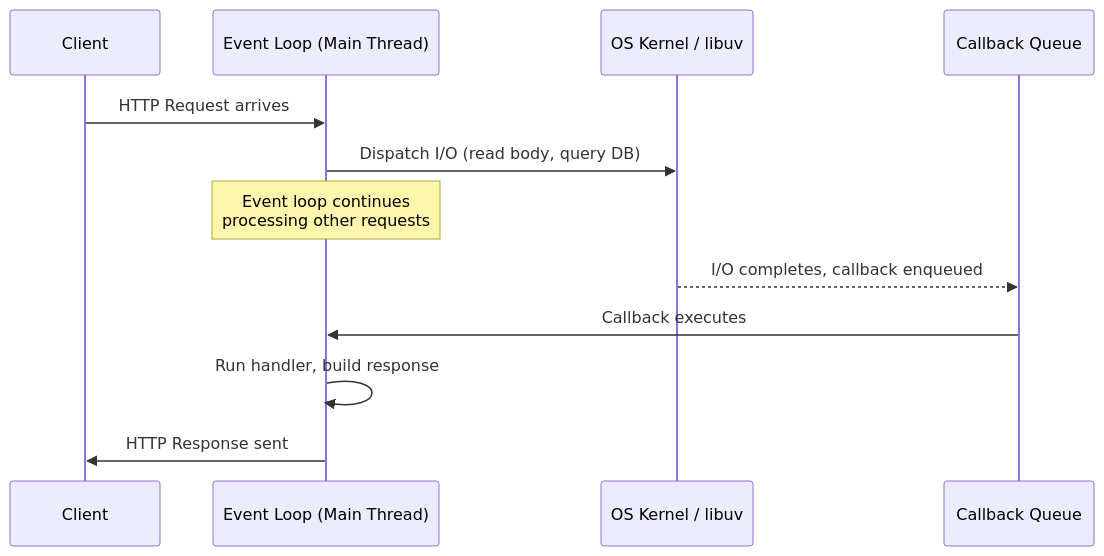
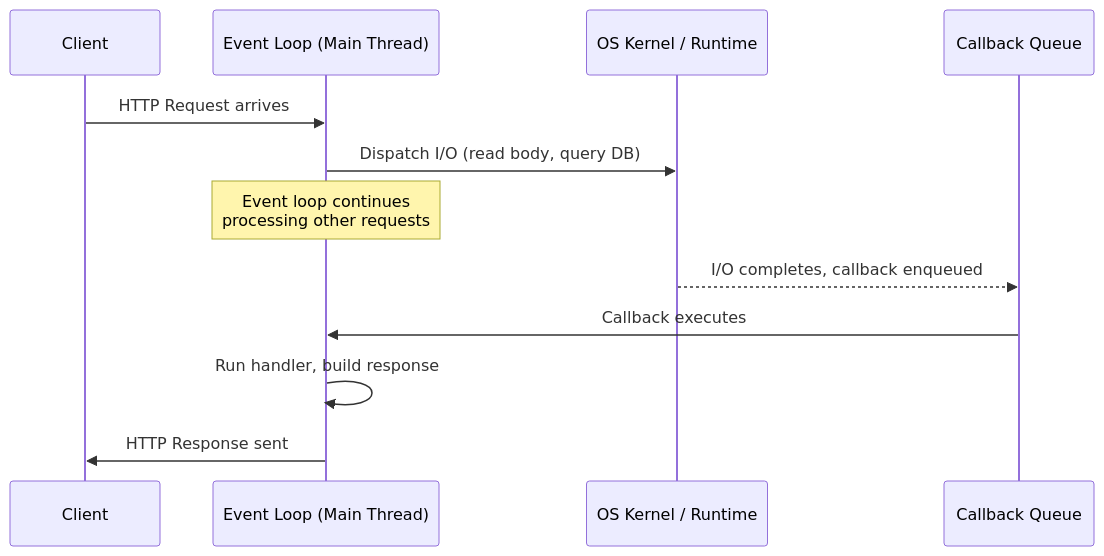
Before and after one commit to TP-Coder-Innovation-Hub/nodejs-typescript-backend: the third of 4 diagrams in README.md, drawn with Mermaid. The commit also changed other lines of this file and 1 other file, not shown here.

````diff
--- a/README.md
+++ b/README.md
@@ -181,15 +218,15 @@
 ```mermaid
 sequenceDiagram
     participant Client
     participant EventLoop as Event Loop (Main Thread)
-    participant Kernel as OS Kernel / libuv
+    participant Kernel as OS Kernel / Runtime
     participant Callback as Callback Queue
 
     Client->>EventLoop: HTTP Request arrives
     EventLoop->>Kernel: Dispatch I/O (read body, query DB)
     Note over EventLoop: Event loop continues<br/>processing other requests
     Kernel-->>Callback: I/O completes, callback enqueued
     Callback->>EventLoop: Callback executes
     EventLoop->>EventLoop: Run handler, build response
     EventLoop->>Client: HTTP Response sent
 ```
````
